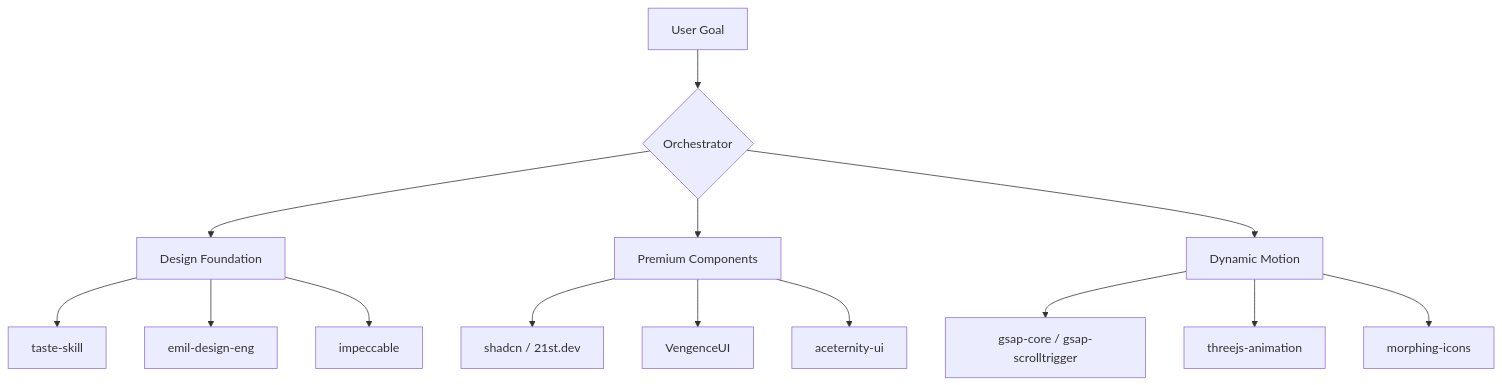
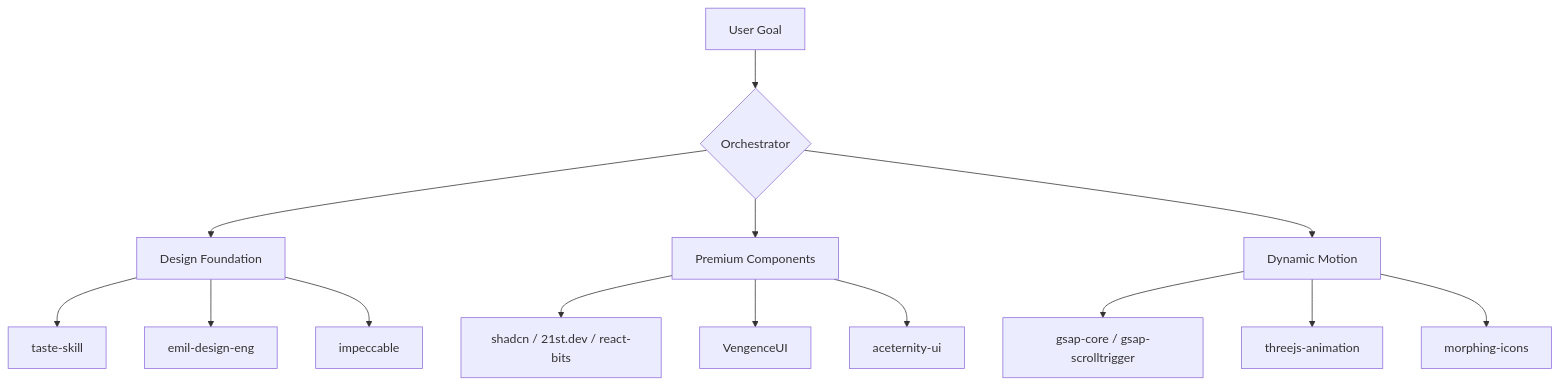
Before and after one commit to Raj1232309/Universal-mcp: the diagram in SKILL.md, drawn with Mermaid. The commit also changed other lines of this file, not shown here.

Commit message:
Update SKILL.md to include react-bits component library

````diff
--- a/SKILL.md
+++ b/SKILL.md
@@ -22,16 +22,16 @@
 ```mermaid
 graph TD
     A[User Goal] --> B{Orchestrator}
     B --> C[Design Foundation]
     B --> D[Premium Components]
     B --> E[Dynamic Motion]
     C --> C1[taste-skill]
     C --> C2[emil-design-eng]
     C --> C3[impeccable]
-    D --> D1[shadcn / 21st.dev]
+    D --> D1[shadcn / 21st.dev / react-bits]
     D --> D2[VengenceUI]
     D --> D3[aceternity-ui]
     E --> E1[gsap-core / gsap-scrolltrigger]
     E --> E2[threejs-animation]
     E --> E3[morphing-icons]
 ```
````
